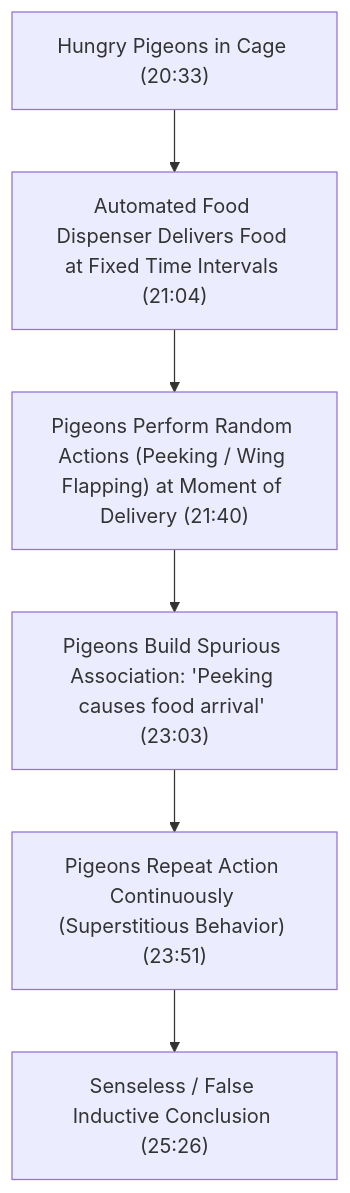
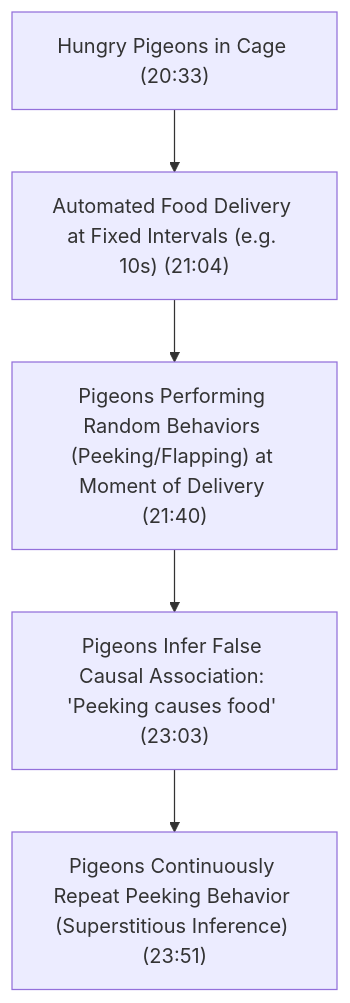
One commit to xrcodexcode/xr_node changed the fourth of 4 diagrams in 01_RAW/PROCESS/learn-core-machine-learning-part-01.md. Above: the diagram before and after it, drawn with Mermaid. The commit also changed other lines of this file and 15 other files, not shown here.

````diff
--- a/01_RAW/PROCESS/learn-core-machine-learning-part-01.md
+++ b/01_RAW/PROCESS/learn-core-machine-learning-part-01.md
@@ -112,8 +120,7 @@
 ```mermaid
 flowchart TD
-    A["Hungry Pigeons in Cage (20:33)"] --> B["Automated Food Dispenser Delivers Food at Fixed Time Intervals (21:04)"]
-    B --> C["Pigeons Perform Random Actions (Peeking / Wing Flapping) at Moment of Delivery (21:40)"]
-    C --> D["Pigeons Build Spurious Association: 'Peeking causes food arrival' (23:03)"]
-    D --> E["Pigeons Repeat Action Continuously (Superstitious Behavior) (23:51)"]
-    E --> F["Senseless / False Inductive Conclusion (25:26)"]
+    Cage["Hungry Pigeons in Cage (20:33)"] --> Timer["Automated Food Delivery at Fixed Intervals (e.g. 10s) (21:04)"]
+    Timer --> Action["Pigeons Performing Random Behaviors (Peeking/Flapping) at Moment of Delivery (21:40)"]
+    Action --> FalseAssoc["Pigeons Infer False Causal Association: 'Peeking causes food' (23:03)"]
+    FalseAssoc --> Superstition["Pigeons Continuously Repeat Peeking Behavior (Superstitious Inference) (23:51)"]
 ```
````
